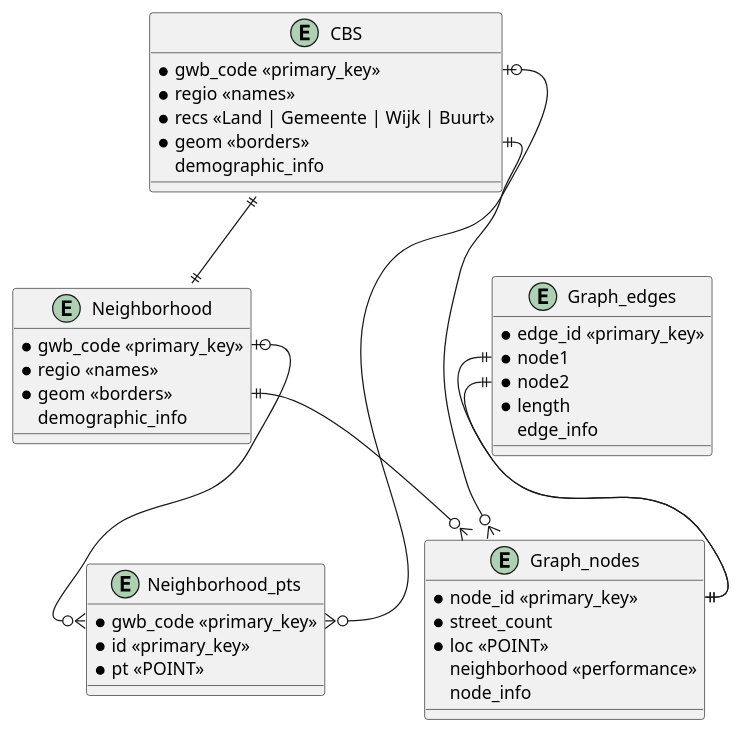
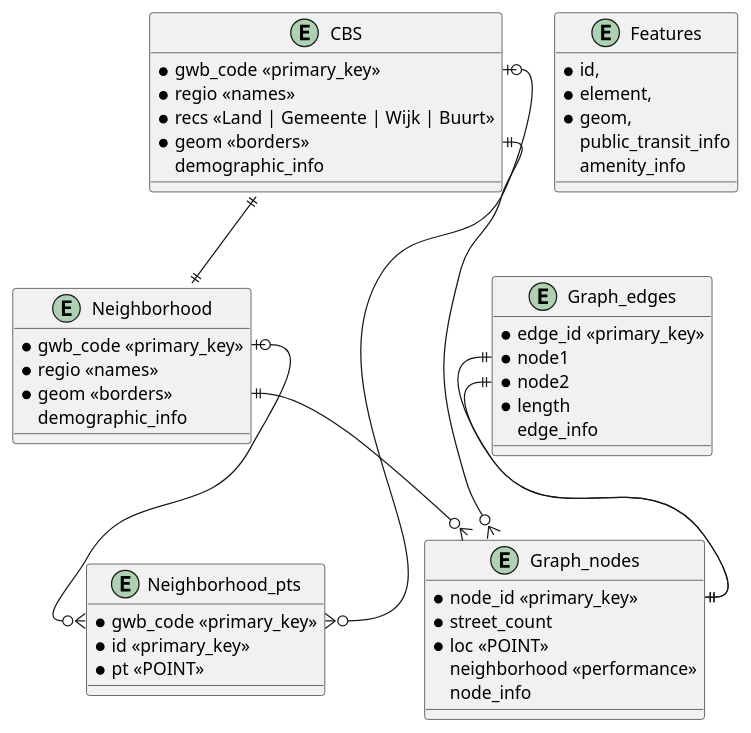
The diagram in Project-Overview/Design/Outer_design/database.plantuml (Tobias0107/STDAP), drawn with PlantUML before and after one commit. The commit also changed 4 other files, not shown here.

```diff
--- a/Project-Overview/Design/Outer_design/database.plantuml
+++ b/Project-Overview/Design/Outer_design/database.plantuml
@@ -1,70 +1,78 @@
 @startuml class UML
 
 ''''''''''''''''''''''''''''''''''''''
 '''''' Defining all classes ''''''''''
 ''''''''''''''''''''''''''''''''''''''
 
 ' On initialization
 entity CBS {
     *gwb_code <<primary_key>>
     *regio <<names>>
     *recs <<Land | Gemeente | Wijk | Buurt>>
     *geom <<borders>>
     demographic_info
 }
 
 ' For data-analysis on the nodes of a large OSMnx graph
 entity Graph_nodes {
     *node_id <<primary_key>>
     *street_count
     *loc <<POINT>>
     neighborhood <<performance>>
     node_info
 }
 
 entity Graph_edges {
     *edge_id <<primary_key>>
     *node1
     *node2
     *length
     edge_info
 }
 
 
 ' The 5 points representing a neighborhood. Every point is a single column to
 ' allow customizable number of points per neighborhood. 
 entity Neighborhood_pts {
     *gwb_code <<primary_key>>
     *id <<primary_key>>
     *pt <<POINT>>
 }
 
 ' Cleaned version of CBS after pre-processing.
 ' Contains only needed columns with some (partially) processed data.
 ' Only rec='Buurt'
 ' Population density
 ' Amenity density
 ' Only essential demographic_info
 entity Neighborhood {
     *gwb_code <<primary_key>>
     *regio <<names>>
     *geom <<borders>>
     demographic_info
 }
 
+entity Features {
+    *id,
+    *element,
+    *geom,
+    public_transit_info
+    amenity_info
+}
+
 
 ''''''''''''''''''''''''''''''''''''''
 '''''' Defining relations ''''''''''''
 ''''''''''''''''''''''''''''''''''''''
 
 CBS ||--|| Neighborhood
 CBS::gwb_code |o--o{  Neighborhood_pts::gwb_code
 Neighborhood::gwb_code |o--o{  Neighborhood_pts::gwb_code
 
 CBS::geom ||--o{ Graph_nodes::zone
 Neighborhood::geom ||--o{ Graph_nodes::zone
 
 Graph_edges::node1 ||--|| Graph_nodes::node_id
 Graph_edges::node2 ||--|| Graph_nodes::node_id
 
 @enduml
```
